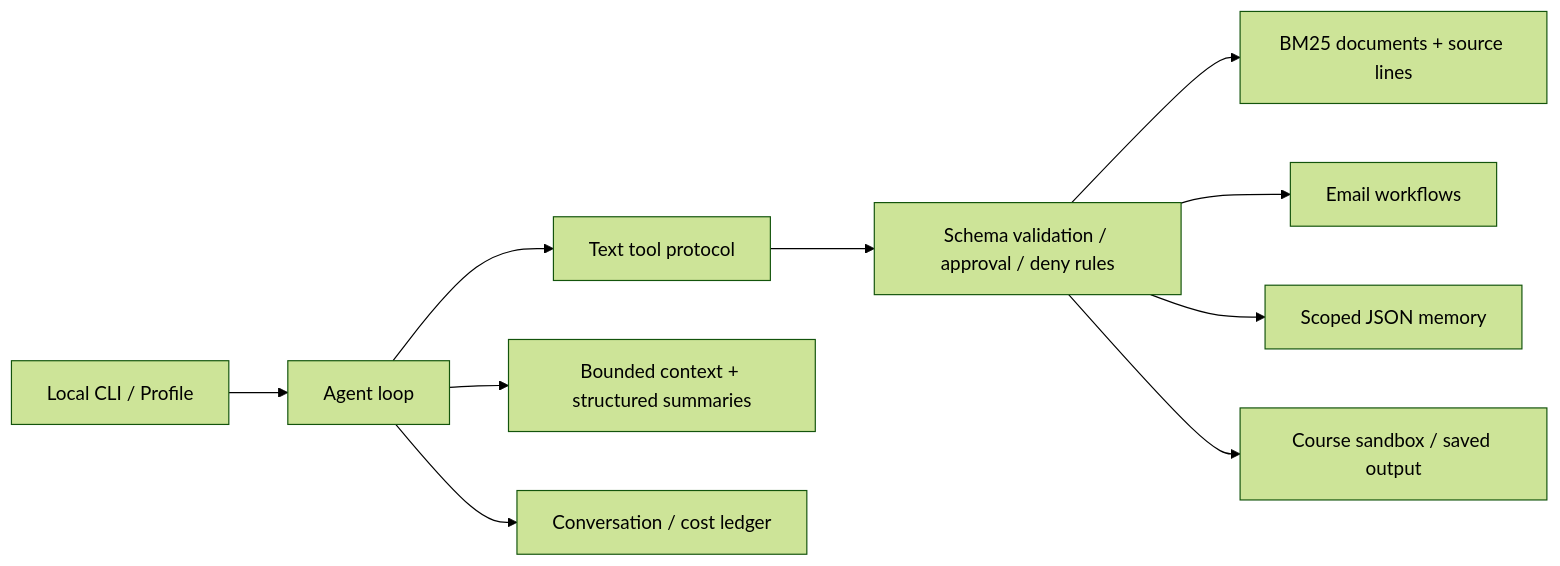
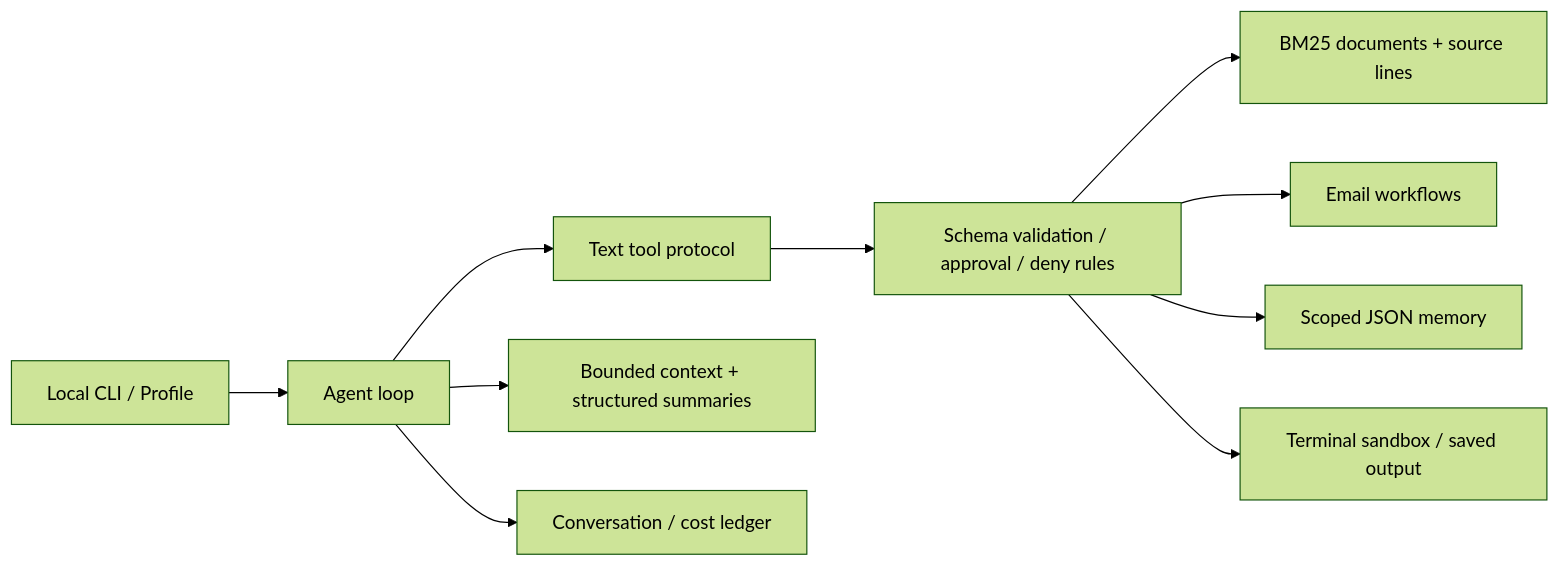
The diagram in README.md (willamsc/agent-harness-from-scratch), drawn with Mermaid (forest theme) before and after one commit. The commit also changed 33 other files, not shown here.

````diff
--- a/README.md
+++ b/README.md
@@ -95,12 +95,12 @@
 ```mermaid
 flowchart LR
     CLI[Local CLI / Profile] --> Loop[Agent loop]
     Loop --> Protocol[Text tool protocol]
     Protocol --> Registry[Schema validation / approval / deny rules]
     Registry --> Docs[BM25 documents + source lines]
     Registry --> Email[Email workflows]
     Registry --> Memory[Scoped JSON memory]
-    Registry --> Terminal[Course sandbox / saved output]
+    Registry --> Terminal[Terminal sandbox / saved output]
     Loop --> Context[Bounded context + structured summaries]
     Loop --> Trace[Conversation / cost ledger]
 ```
````
